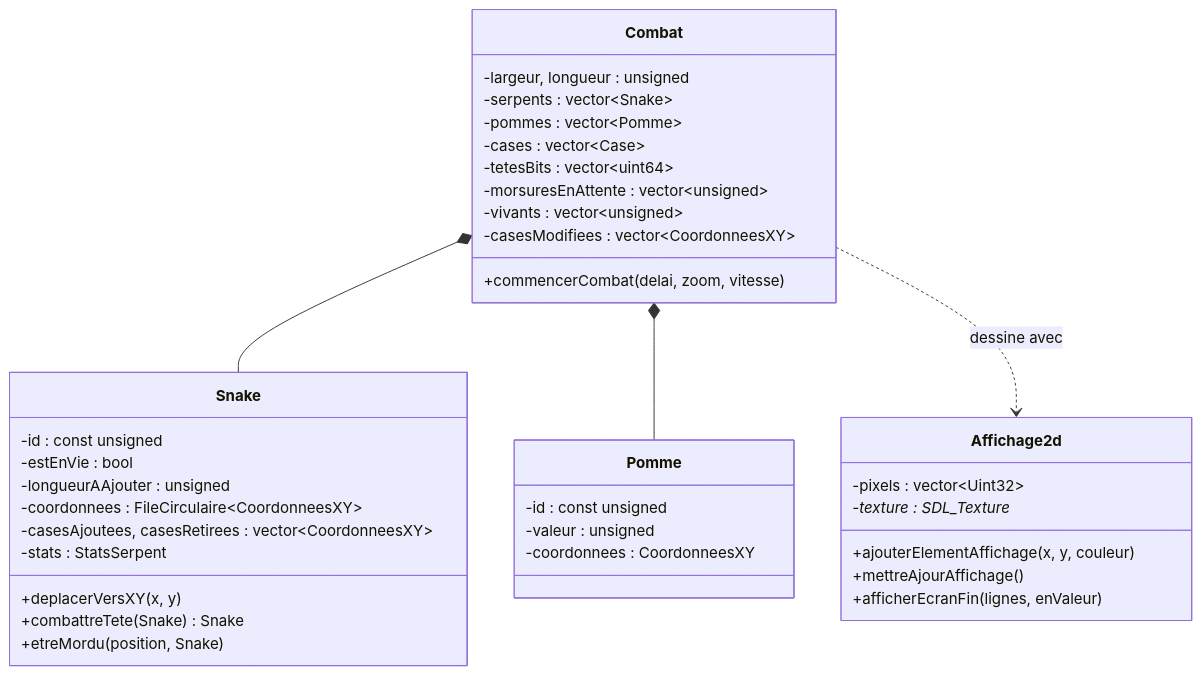
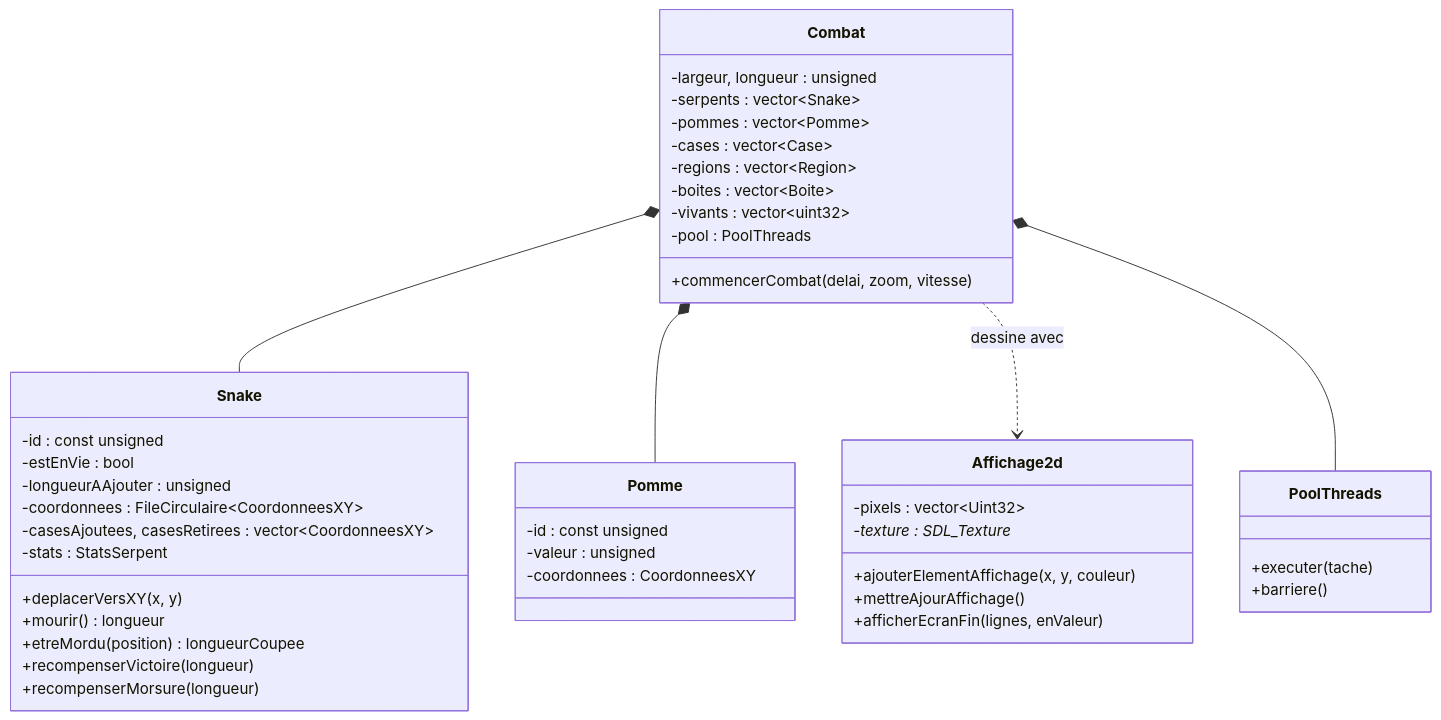
One commit to Balkghar/08_Snake changed the diagram in README.md. Above: the diagram before and after it, drawn with Mermaid. The commit also changed other lines of this file and 11 other files, not shown here.

````diff
--- a/README.md
+++ b/README.md
@@ -137,41 +146,48 @@
 ```mermaid
 classDiagram
     Combat *-- Snake
     Combat *-- Pomme
     Combat ..> Affichage2d : dessine avec
+    Combat *-- PoolThreads
 
     class Combat{
         -largeur, longueur : unsigned
         -serpents : vector~Snake~
         -pommes : vector~Pomme~
         -cases : vector~Case~
-        -tetesBits : vector~uint64~
-        -morsuresEnAttente : vector~unsigned~
-        -vivants : vector~unsigned~
-        -casesModifiees : vector~CoordonneesXY~
+        -regions : vector~Region~
+        -boites : vector~Boite~
+        -vivants : vector~uint32~
+        -pool : PoolThreads
         +commencerCombat(delai, zoom, vitesse)
     }
     class Snake{
         -id : const unsigned
         -estEnVie : bool
         -longueurAAjouter : unsigned
         -coordonnees : FileCirculaire~CoordonneesXY~
         -casesAjoutees, casesRetirees : vector~CoordonneesXY~
         -stats : StatsSerpent
         +deplacerVersXY(x, y)
-        +combattreTete(Snake) Snake
-        +etreMordu(position, Snake)
+        +mourir() longueur
+        +etreMordu(position) longueurCoupee
+        +recompenserVictoire(longueur)
+        +recompenserMorsure(longueur)
     }
     class Pomme{
         -id : const unsigned
         -valeur : unsigned
         -coordonnees : CoordonneesXY
+    }
+    class PoolThreads{
+        +executer(tache)
+        +barriere()
     }
     class Affichage2d{
         -pixels : vector~Uint32~
         -texture : SDL_Texture*
         +ajouterElementAffichage(x, y, couleur)
         +mettreAjourAffichage()
         +afficherEcranFin(lignes, enValeur)
     }
 ```
````
